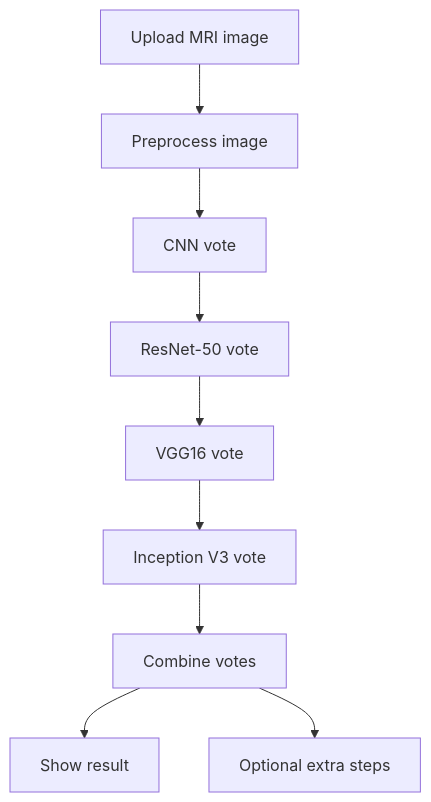
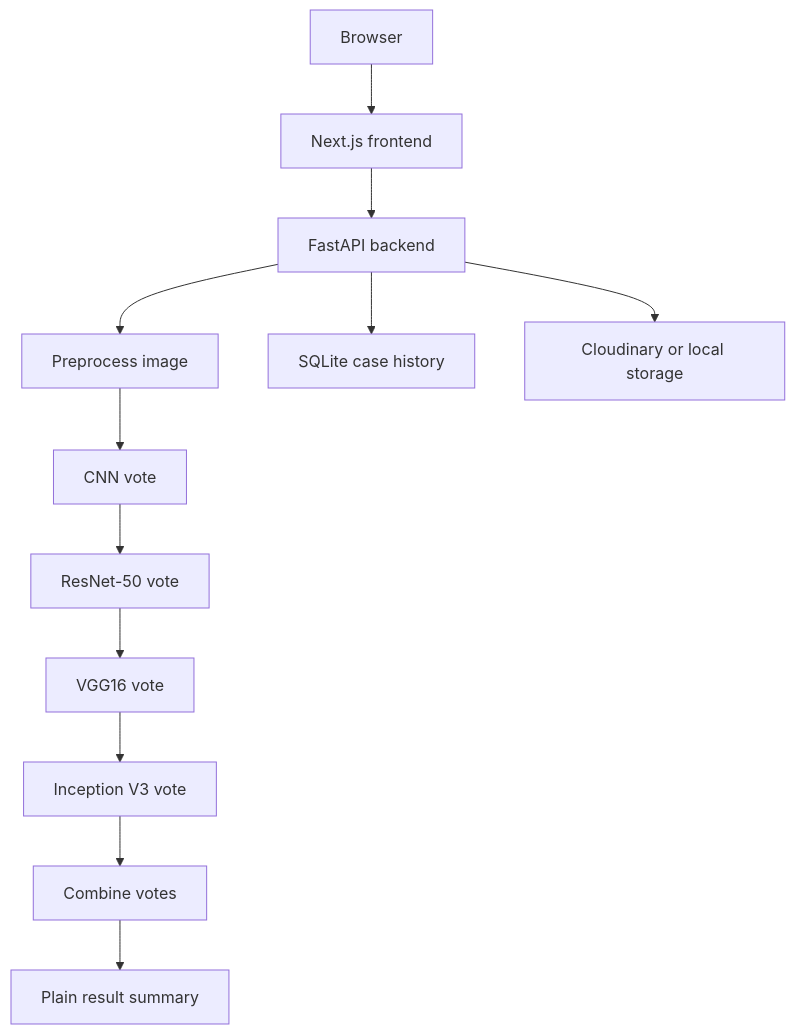
The first of 4 diagrams in README.md (TopoVista/MRI-Brain-Tumor-Detection-Agentic-AI), drawn with Mermaid before and after one commit. The commit also changed other lines of this file, not shown here.

Commit message:
Updated architecture and deployment

````diff
--- a/README.md
+++ b/README.md
@@ -31,11 +31,14 @@
 ```mermaid
 flowchart TD
-  A[Upload MRI image] --> B[Preprocess image]
-  B --> C[CNN vote]
-  C --> D[ResNet-50 vote]
-  D --> E[VGG16 vote]
-  E --> F[Inception V3 vote]
-  F --> G[Combine votes]
-  G --> H[Show result]
-  G --> I[Optional extra steps]
+  User[Browser] --> UI[Next.js frontend]
+  UI --> API[FastAPI backend]
+  API --> Prep[Preprocess image]
+  Prep --> CNN[CNN vote]
+  CNN --> ResNet[ResNet-50 vote]
+  ResNet --> VGG[VGG16 vote]
+  VGG --> Inception[Inception V3 vote]
+  Inception --> Combine[Combine votes]
+  Combine --> Result[Plain result summary]
+  API --> Store[SQLite case history]
+  API --> Uploads[Cloudinary or local storage]
 ```
````
